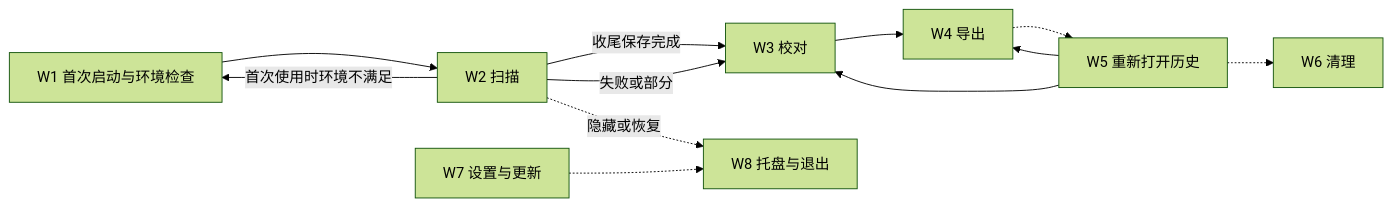
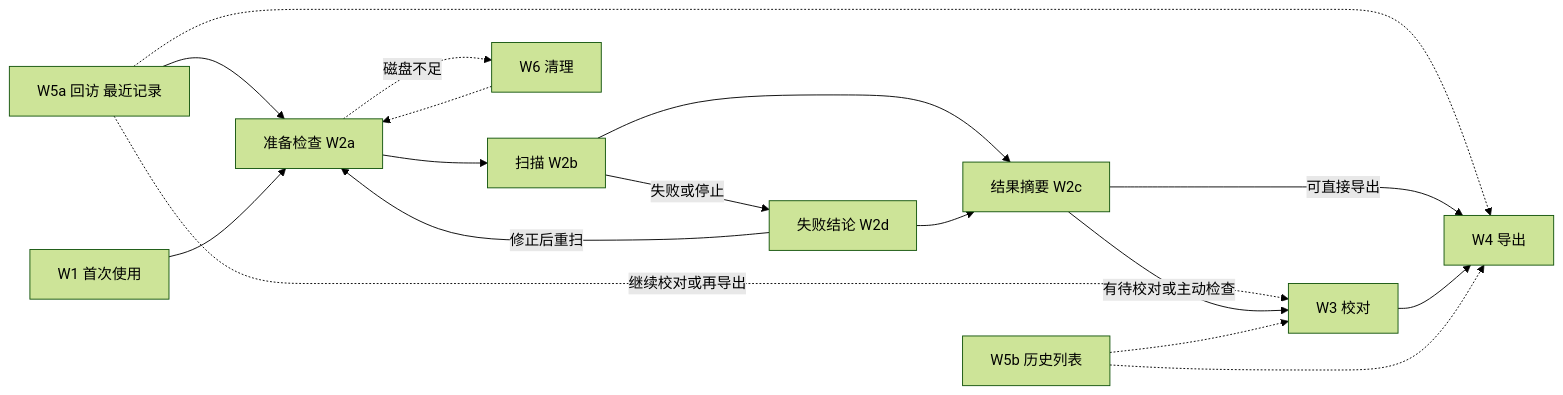
One commit to LoTwT/youkai changed the first of 11 diagrams in docs/design/uiux-2026-11/03-journeys-windows.md. Above: the diagram before and after it, drawn with Mermaid (forest theme). The commit also changed other lines of this file and 7 other files, not shown here.

````diff
--- a/docs/design/uiux-2026-11/03-journeys-windows.md
+++ b/docs/design/uiux-2026-11/03-journeys-windows.md
@@ -25,14 +31,19 @@
 ```mermaid
 flowchart LR
-  W1[W1 首次启动与环境检查] --> W2[W2 扫描]
-  W2 -->|收尾保存完成| W3[W3 校对]
-  W2 -->|失败或部分| W3
-  W2 -->|首次使用时环境不满足| W1
-  W3 --> W4[W4 导出]
-  W4 -.-> W5[W5 重新打开历史]
-  W5 --> W3
-  W5 --> W4
-  W5 -.-> W6[W6 清理]
-  W7[W7 设置与更新] -.-> W8[W8 托盘与退出]
-  W2 -.隐藏或恢复.-> W8
+  R[W5a 回访 最近记录] --> P[准备检查 W2a]
+  F[W1 首次使用] --> P
+  R -.继续校对或再导出.-> RV[W3 校对]
+  R -.-> EX[W4 导出]
+  P --> S[扫描 W2b]
+  S --> SUM[结果摘要 W2c]
+  S -->|失败或停止| FAIL[失败结论 W2d]
+  FAIL --> SUM
+  FAIL -->|修正后重扫| P
+  SUM -->|有待校对或主动检查| RV
+  SUM -->|可直接导出| EX
+  RV --> EX
+  P -.磁盘不足.-> CL[W6 清理]
+  CL -.-> P
+  H[W5b 历史列表] -.-> RV
+  H -.-> EX
 ```
````
